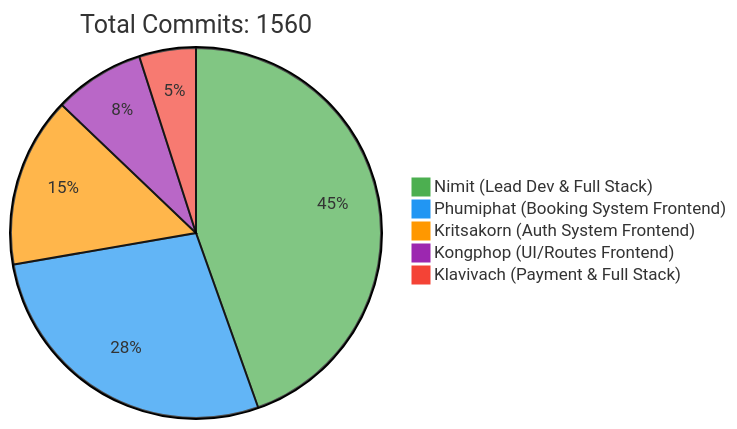
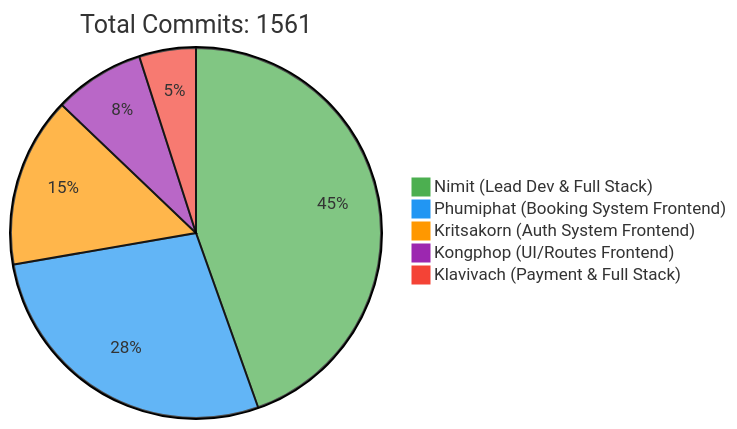
Before and after one commit to 6531503042/Sport-Complex: the first of 2 diagrams in README.md, drawn with Mermaid. The commit also changed other lines of this file, not shown here.

Commit message:
docs: Update contributor statistics [skip ci]

````diff
--- a/README.md
+++ b/README.md
@@ -257,10 +257,10 @@
 ```mermaid
 %%{init: {'theme': 'base', 'themeVariables': { 'pie1': '#4CAF50', 'pie2': '#2196F3', 'pie3': '#FF9800', 'pie4': '#9C27B0', 'pie5': '#F44336'}}}%%
 pie
-    title Total Commits: 1560
+    title Total Commits: 1561
     "Nimit (Lead Dev & Full Stack)" : 450
     "Phumiphat (Booking System Frontend)" : 280
     "Kritsakorn (Auth System Frontend)" : 150
     "Kongphop (UI/Routes Frontend)" : 80
     "Klavivach (Payment & Full Stack)" : 50
 ```
````
